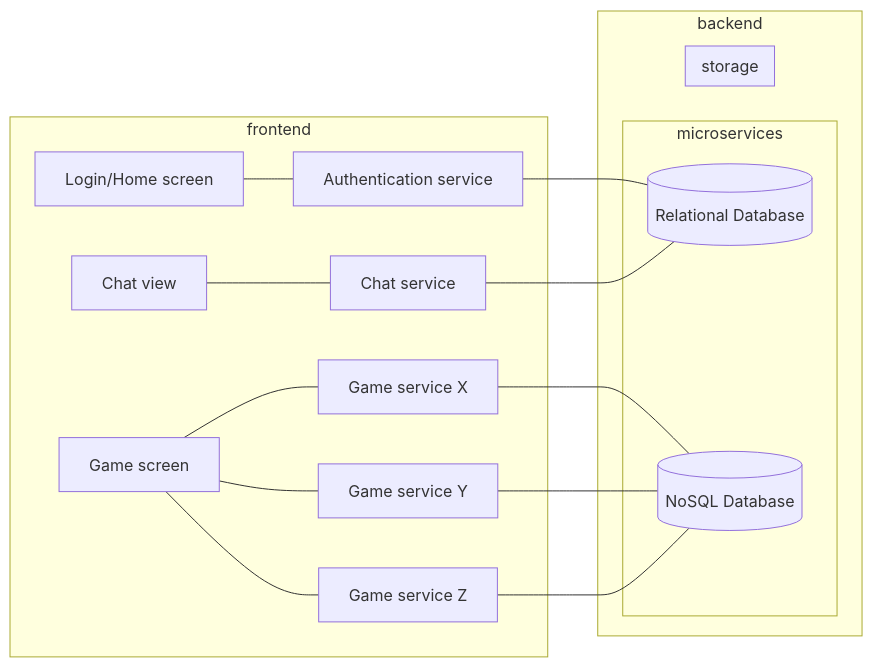
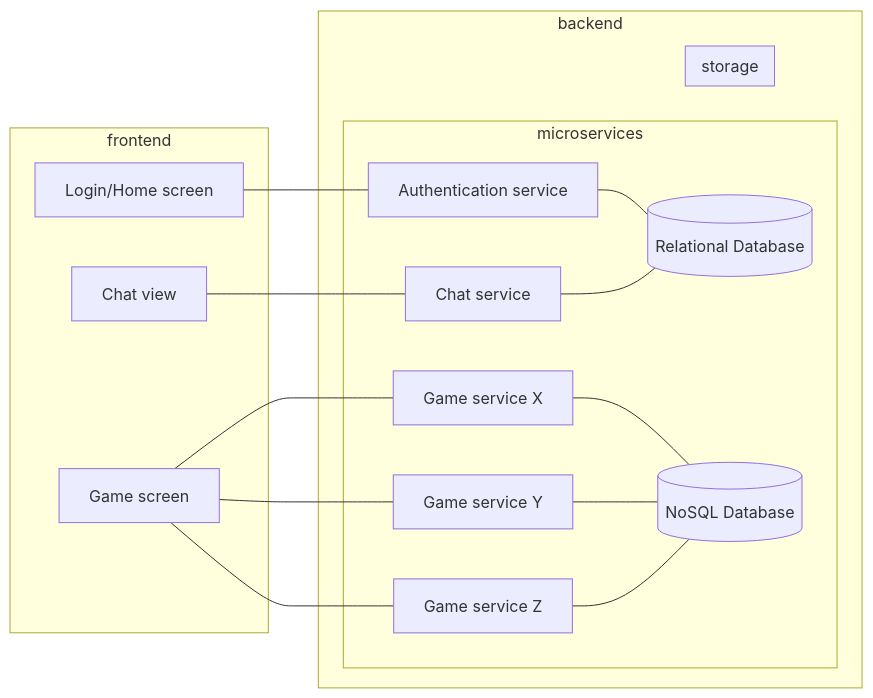
The diagram in documents/ARCHITECTURE.md (stickianempire/stickian), drawn with Mermaid before and after one commit.

Commit message:
I should install mermaid locally

````diff
--- a/documents/ARCHITECTURE.md
+++ b/documents/ARCHITECTURE.md
@@ -21,23 +21,28 @@
 ```mermaid
 flowchart LR
     subgraph frontend
-        home[Login/Home screen] --- auths
-        game[Game screen] --- gameb1
-        game[Game screen] --- gameb2
-        game[Game screen] --- gameb3
-        chat[Chat view] --- chatb
+        home[Login/Home screen]
+        game[Game screen]
+        game[Game screen]
+        game[Game screen]
+        chat[Chat view]
     end
     subgraph backend
         subgraph microservices
+            home --- auths
             auths[Authentication service] --- relationaldb
+            game --- gameb1
+            game --- gameb2
+            game --- gameb3
             gameb1[Game service X] --- gamedb
             gameb2[Game service Y] --- gamedb
             gameb3[Game service Z] --- gamedb
+            chat --- chatb
             chatb[Chat service] --- relationaldb
         end
         subgraph storage
             gamedb[(NoSQL Database)]
             relationaldb[(Relational Database)]
         end
     end
 ```
````
